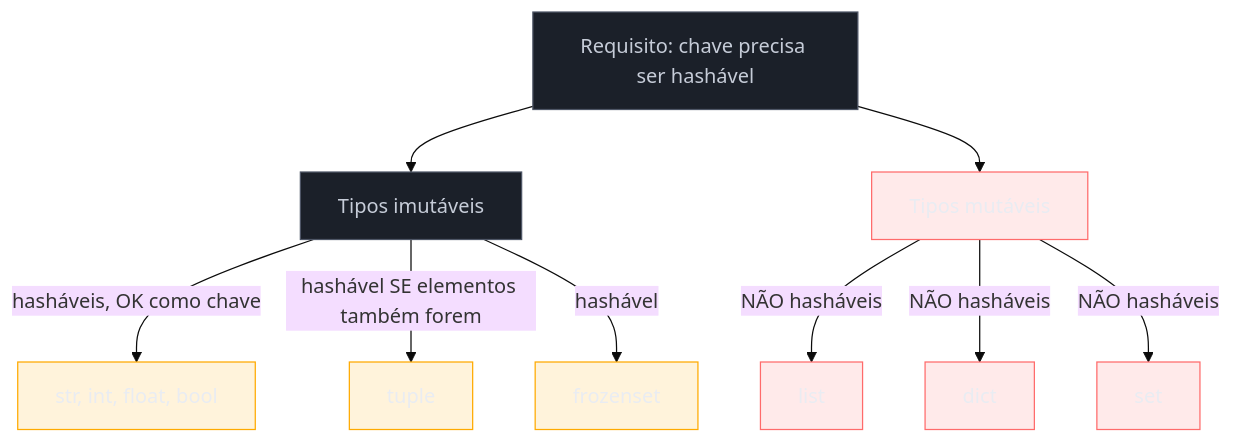
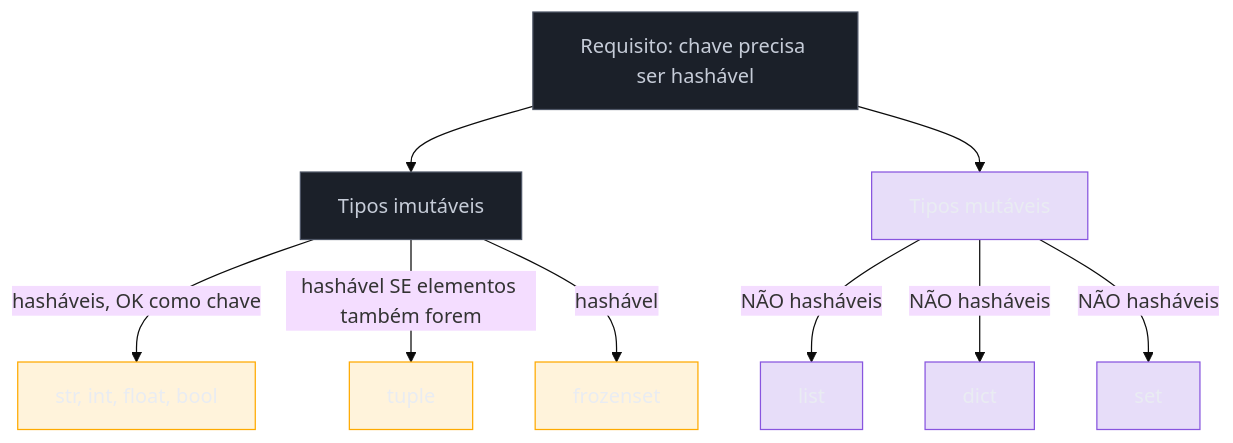
The third of 3 diagrams in 03-Dominios/Tecnologia/Python/Collections e Comprehensions/03 - Dicionários.md (josenaldo/codex-technomanticus), drawn with Mermaid (base theme) before and after one commit. The commit also changed 601 other files, not shown here.

````diff
--- a/03-Dominios/Tecnologia/Python/Collections e Comprehensions/03 - Dicionários.md
+++ b/03-Dominios/Tecnologia/Python/Collections e Comprehensions/03 - Dicionários.md
@@ -378,24 +378,24 @@
 ```mermaid
 flowchart TB
+    classDef marca fill:#8855DF33,stroke:#8855DF,color:#E9ECF2
     classDef neutro fill:#1B2029,stroke:#4E5666,color:#C6CCD8
-    classDef falha fill:#FF6B6B24,stroke:#FF6B6B,color:#E9ECF2
     classDef destaque fill:#FFAA0024,stroke:#FFAA00,color:#E9ECF2
     H["Requisito: chave precisa ser hashável"] --> IM["Tipos imutáveis"]
     H --> MU["Tipos mutáveis"]
     IM -->|"hasháveis, OK como chave"| STR["str, int, float, bool"]
     IM -->|"hashável SE elementos também forem"| TUP["tuple"]
     IM -->|"hashável"| FS["frozenset"]
     MU -->|"NÃO hasháveis"| LST["list"]
     MU -->|"NÃO hasháveis"| DCT["dict"]
     MU -->|"NÃO hasháveis"| ST["set"]
 
     class H neutro
     class IM neutro
-    class MU falha
+    class MU marca
     class STR destaque
     class TUP destaque
     class FS destaque
-    class LST falha
-    class DCT falha
-    class ST falha
+    class LST marca
+    class DCT marca
+    class ST marca
 ```
````
